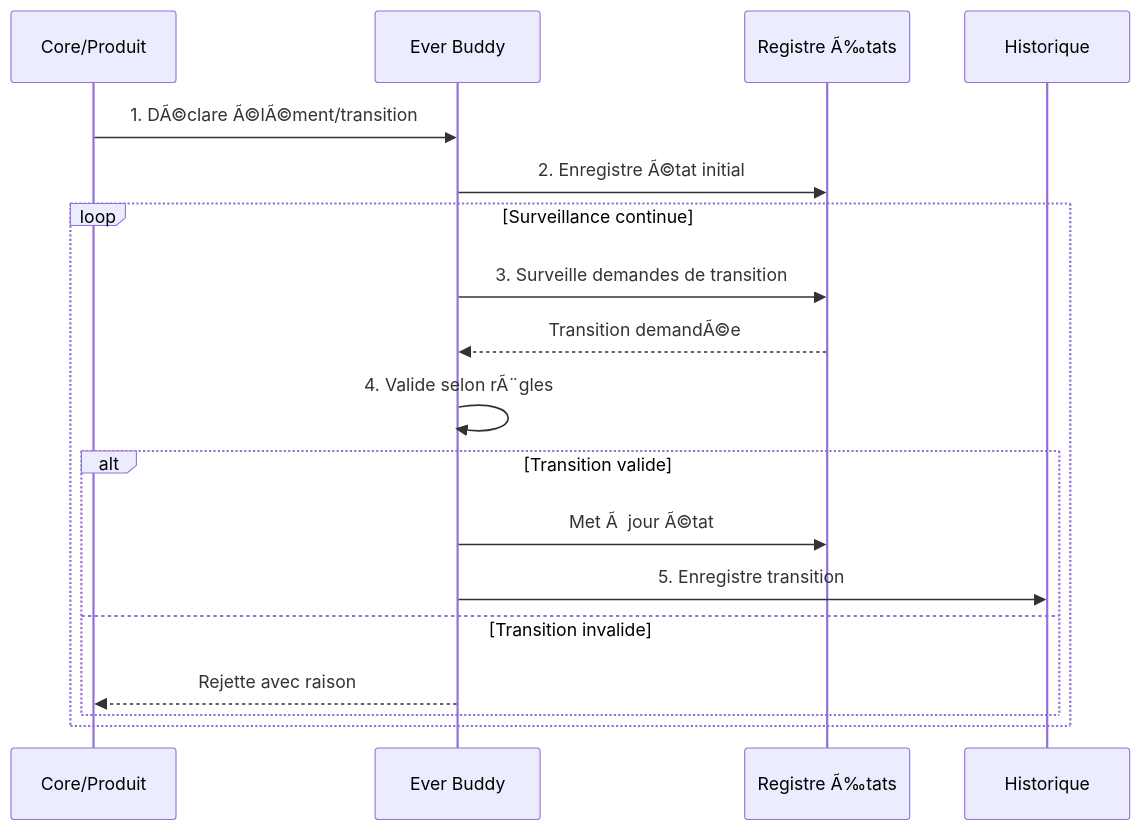
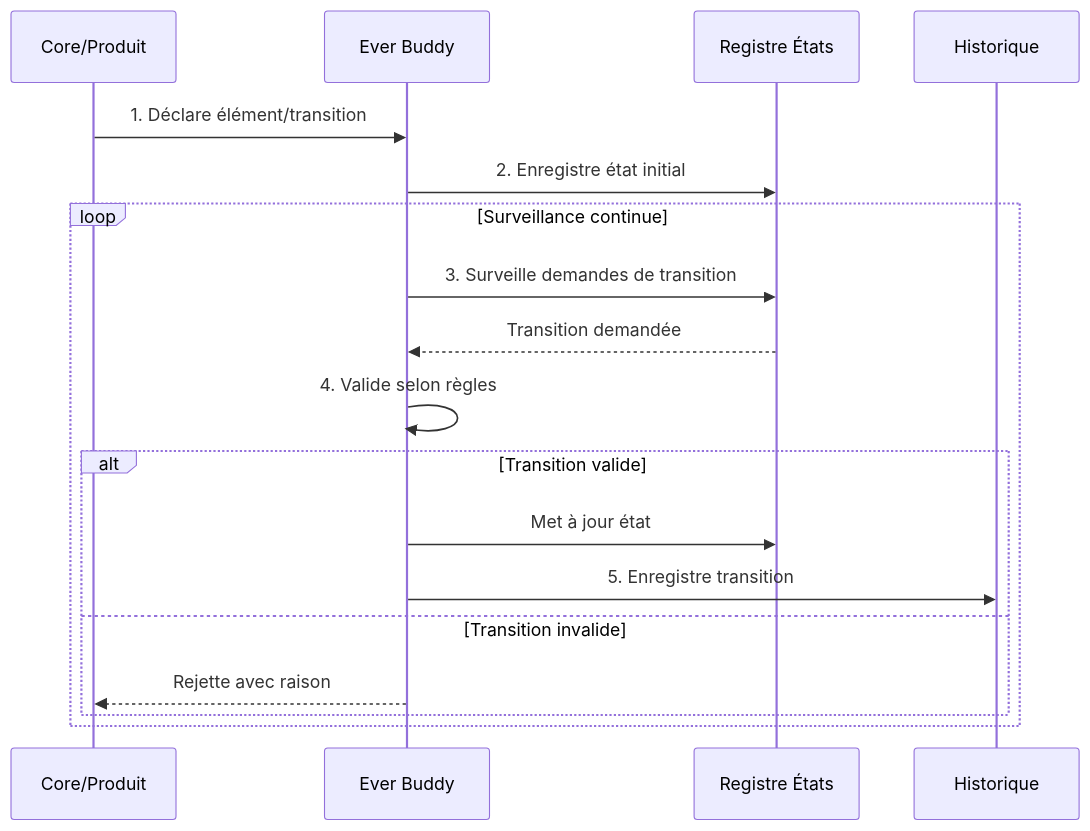
The second of 6 diagrams in docs/cores/EverBuddy/architecture/Ever Buddy - Evolution Flows.md (StudioMiyukini/miyukini_cog), drawn with Mermaid before and after one commit. The commit also changed other lines of this file and 564 other files, not shown here.

````diff
--- a/docs/cores/EverBuddy/architecture/Ever Buddy - Evolution Flows.md
+++ b/docs/cores/EverBuddy/architecture/Ever Buddy - Evolution Flows.md
@@ -110,22 +110,22 @@
 ```mermaid
 sequenceDiagram
     participant Source as Core/Produit
     participant EB as Ever Buddy
-    participant Reg as Registre Ã‰tats
+    participant Reg as Registre États
     participant His as Historique
 
-    Source->>EB: 1. DÃ©clare Ã©lÃ©ment/transition
-    EB->>Reg: 2. Enregistre Ã©tat initial
+    Source->>EB: 1. Déclare élément/transition
+    EB->>Reg: 2. Enregistre état initial
     
     loop Surveillance continue
         EB->>Reg: 3. Surveille demandes de transition
-        Reg-->>EB: Transition demandÃ©e
-        EB->>EB: 4. Valide selon rÃ¨gles
+        Reg-->>EB: Transition demandée
+        EB->>EB: 4. Valide selon règles
         alt Transition valide
-            EB->>Reg: Met Ã  jour Ã©tat
+            EB->>Reg: Met à jour état
             EB->>His: 5. Enregistre transition
         else Transition invalide
             EB-->>Source: Rejette avec raison
         end
     end
 ```
````
